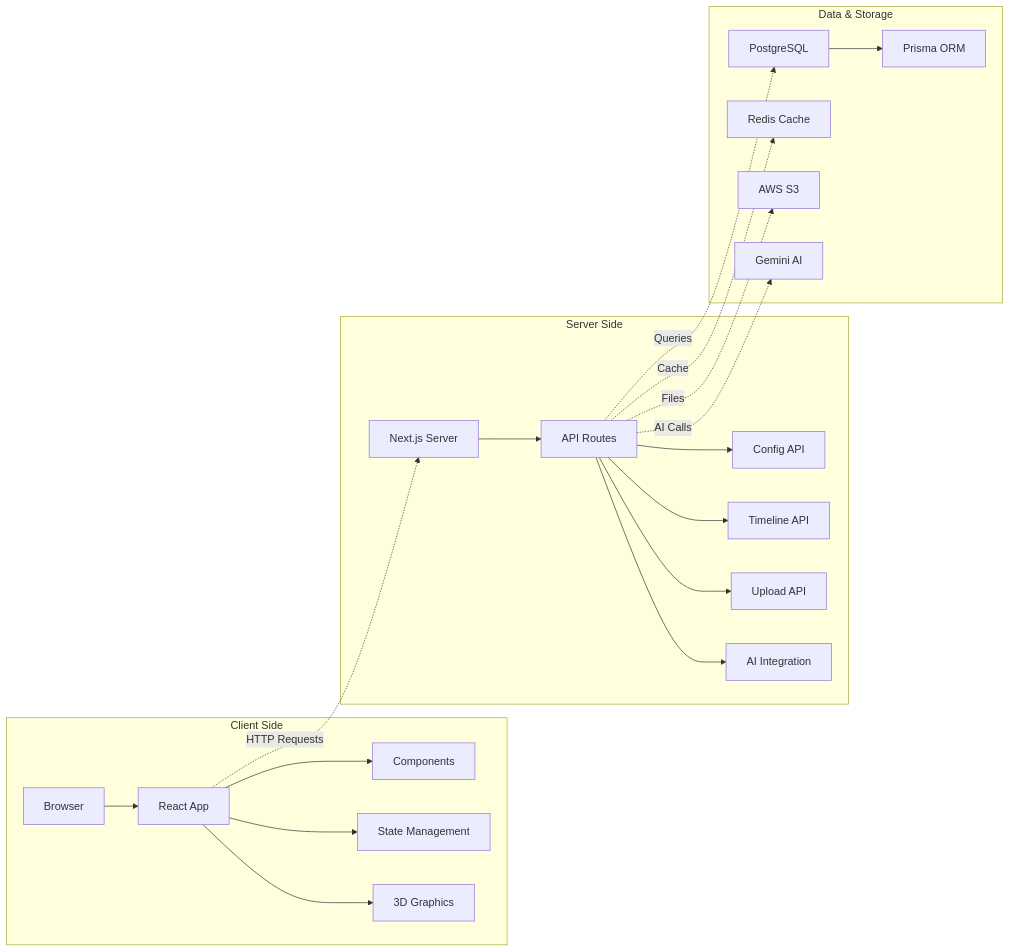
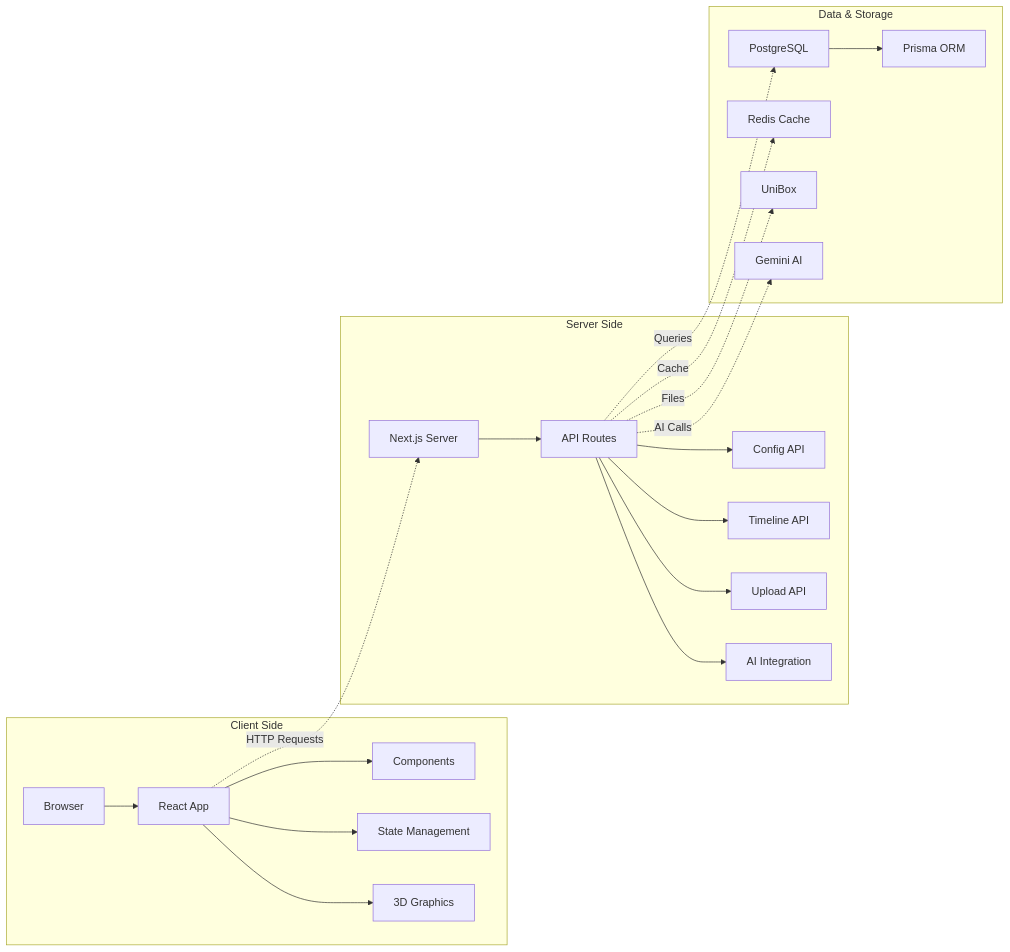
One commit to poojaroonwit/narinyland changed the second of 6 diagrams in ARCHITECTURE.md. Above: the diagram before and after it, drawn with Mermaid. The commit also changed other lines of this file and 14 other files, not shown here.

````diff
--- a/ARCHITECTURE.md
+++ b/ARCHITECTURE.md
@@ -43,30 +43,30 @@
 ```mermaid
 graph LR
     subgraph "Client Side"
         A1[Browser] --> A2[React App]
         A2 --> A2a[Components]
         A2 --> A2b[State Management]
         A2 --> A2c[3D Graphics]
     end
     
     subgraph "Server Side"
         B1[Next.js Server] --> B2[API Routes]
         B2 --> B2a[Config API]
         B2 --> B2b[Timeline API]
         B2 --> B2c[Upload API]
         B2 --> B2d[AI Integration]
     end
     
     subgraph "Data & Storage"
         C1[PostgreSQL] --> C2[Prisma ORM]
         C3[Redis Cache]
-        C4[AWS S3]
+        C4[UniBox]
         C5[Gemini AI]
     end
     
     A2 -.->|HTTP Requests| B1
     B2 -.->|Queries| C1
     B2 -.->|Cache| C3
     B2 -.->|Files| C4
     B2 -.->|AI Calls| C5
 ```
````
